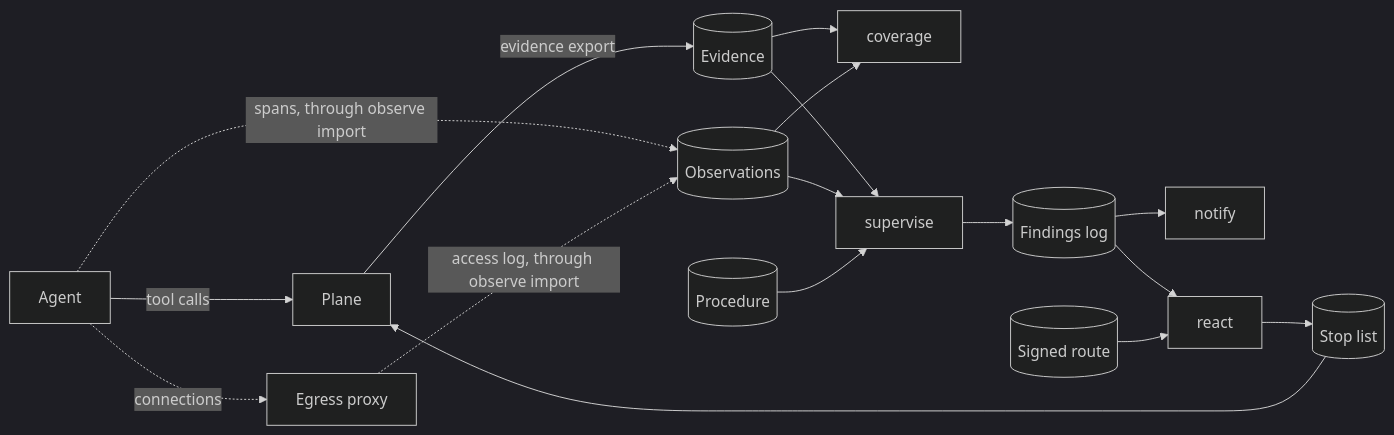
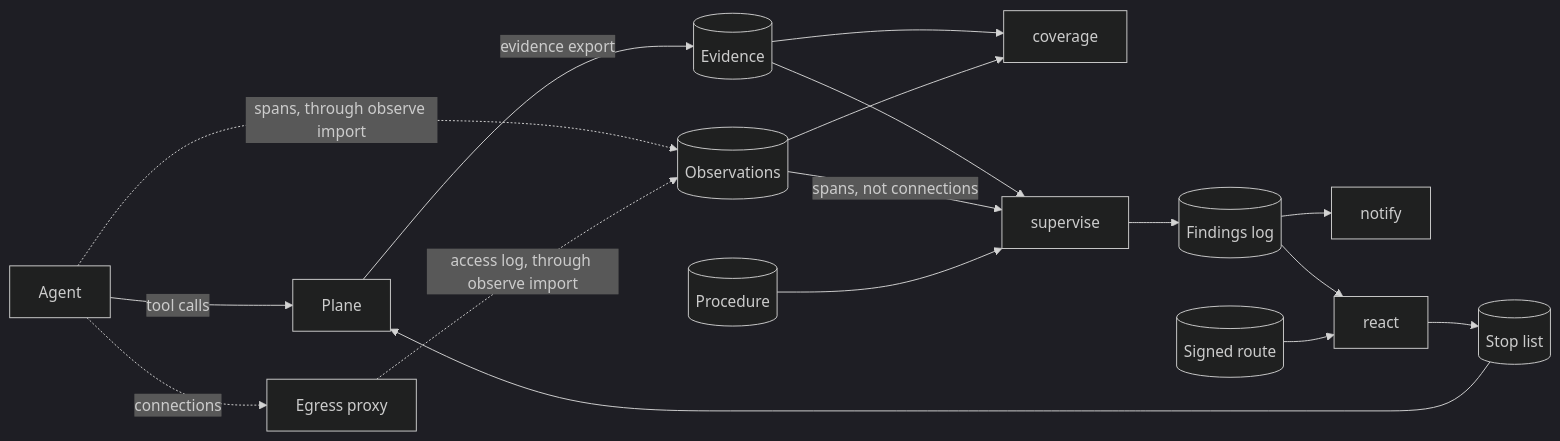
Before and after one commit to guardana/control: the diagram in docs/concepts/observations-coverage-and-supervision.md, drawn with Mermaid (dark theme). The commit also changed 47 other files, not shown here.

````diff
--- a/docs/concepts/observations-coverage-and-supervision.md
+++ b/docs/concepts/observations-coverage-and-supervision.md
@@ -25,21 +25,21 @@
 ```mermaid
 flowchart LR
     accTitle: How the four parts fit together
     accDescr: An agent's calls pass a plane, which writes evidence; the agent's runtime reports spans, and an egress proxy logs its connections, which observe import keeps as observations. coverage reads the evidence and the observations and maps each declared path. supervise reads them with the procedure and writes findings. notify hands alerts to a program; react reads findings with a signed route and writes the stop list, which the plane reads.
     AG[Agent] -->|tool calls| PL[Plane]
     PL -->|evidence export| EV[(Evidence)]
     AG -.->|spans, through observe import| OL[(Observations)]
     AG -.->|connections| PX[Egress proxy]
     PX -.->|access log, through observe import| OL
     EV --> CO[coverage]
     OL --> CO
     EV --> SV[supervise]
-    OL --> SV
+    OL -->|spans, not connections| SV
     PR[(Procedure)] --> SV
     SV --> FL[(Findings log)]
     FL --> NO[notify]
     FL --> RE[react]
     RO[(Signed route)] --> RE
     RE --> SL[(Stop list)]
     SL --> PL
 ```
````
